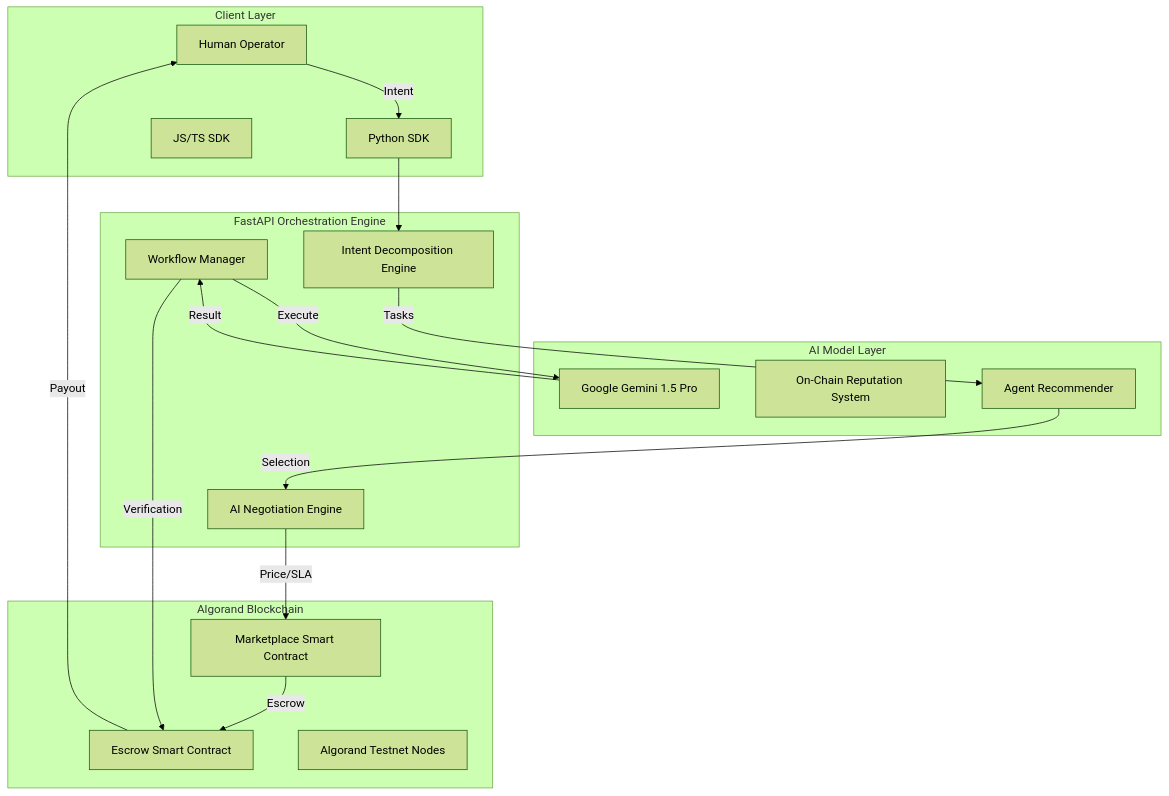
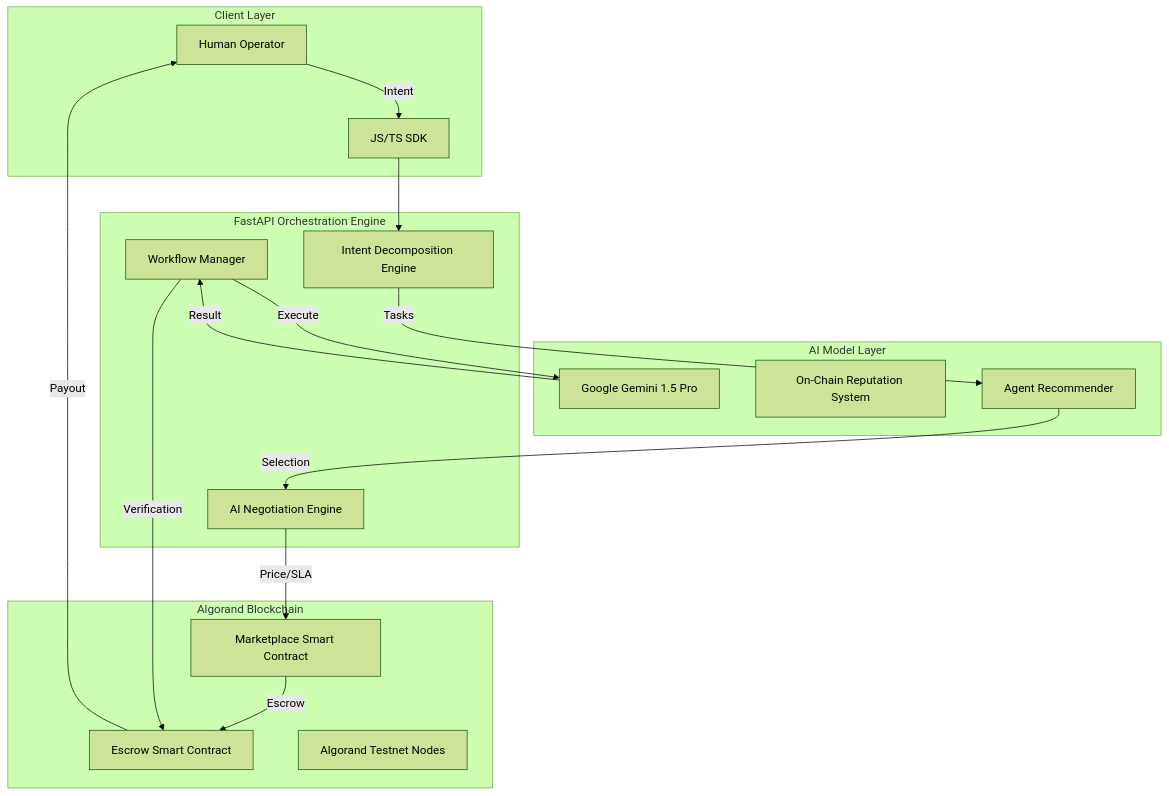
Before and after one commit to rohan911438/Agentic-Exchange: the diagram in README.md, drawn with Mermaid (forest theme). The commit also changed other lines of this file and 2 other files, not shown here.

````diff
--- a/README.md
+++ b/README.md
@@ -59,37 +87,36 @@
 ```mermaid
 graph TD
     subgraph Client_Layer [Client Layer]
         User[Human Operator]
-        PySDK[Python SDK]
         JSSDK[JS/TS SDK]
     end
 
     subgraph Orchestration_Layer [FastAPI Orchestration Engine]
         IDE[Intent Decomposition Engine]
         Workflow[Workflow Manager]
         Negotiator[AI Negotiation Engine]
     end
 
     subgraph Intelligence_Layer [AI Model Layer]
         Gemini[Google Gemini 1.5 Pro]
         Reputation[On-Chain Reputation System]
         Recommender[Agent Recommender]
     end
 
     subgraph Settlement_Layer [Algorand Blockchain]
         MarketplaceSC[Marketplace Smart Contract]
         EscrowSC[Escrow Smart Contract]
         AlgoNodes[Algorand Testnet Nodes]
     end
 
-    User -->|Intent| PySDK
-    PySDK --> IDE
+    User -->|Intent| JSSDK
+    JSSDK --> IDE
     IDE -->|Tasks| Recommender
     Recommender -->|Selection| Negotiator
     Negotiator -->|Price/SLA| MarketplaceSC
     MarketplaceSC -->|Escrow| EscrowSC
     Workflow -->|Execute| Gemini
     Gemini -->|Result| Workflow
     Workflow -->|Verification| EscrowSC
     EscrowSC -->|Payout| User
 ```
````
